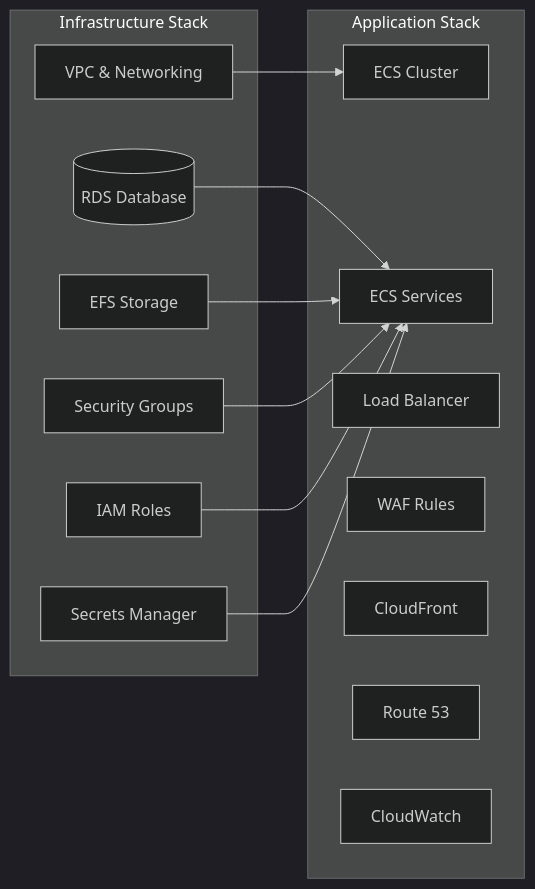
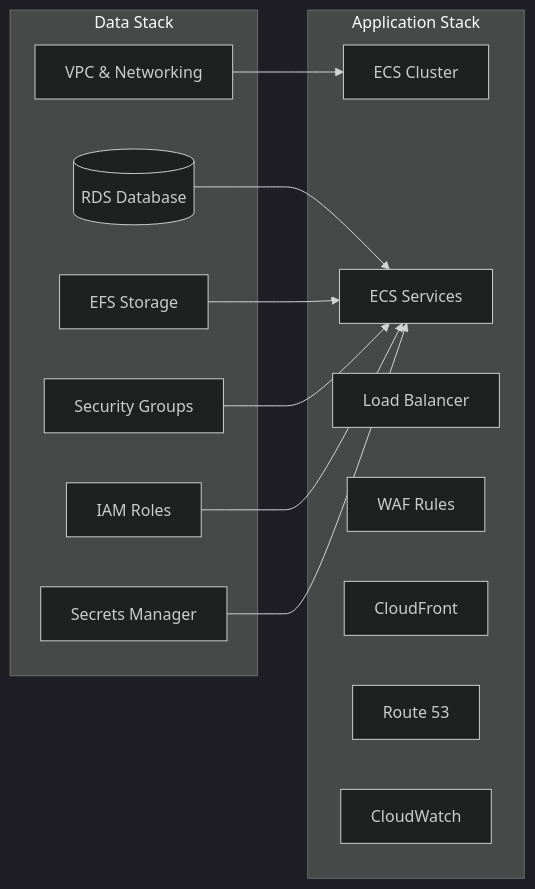
Before and after one commit to The-AI-Alliance/semiont: the second of 5 diagrams in docs/ARCHITECTURE.md, drawn with Mermaid (dark theme). The commit also changed other lines of this file and 5 other files, not shown here.

Commit message:
update many old references to infra stack -> data stack

````diff
--- a/docs/ARCHITECTURE.md
+++ b/docs/ARCHITECTURE.md
@@ -73,28 +73,28 @@
 ```mermaid
 graph LR
-    subgraph "Infrastructure Stack"
+    subgraph "Data Stack"
         VPC[VPC & Networking]
         RDS2[(RDS Database)]
         EFS2[EFS Storage]
         SEC[Security Groups]
         IAM[IAM Roles]
         SM2[Secrets Manager]
     end
 
     subgraph "Application Stack"
         ECS[ECS Cluster]
         SVCS[ECS Services]
         ALB2[Load Balancer]
         WAF2[WAF Rules]
         CF2[CloudFront]
         R53[Route 53]
         CW2[CloudWatch]
     end
 
     VPC --> ECS
     RDS2 --> SVCS
     EFS2 --> SVCS
     SEC --> SVCS
     IAM --> SVCS
     SM2 --> SVCS
 ```
````
